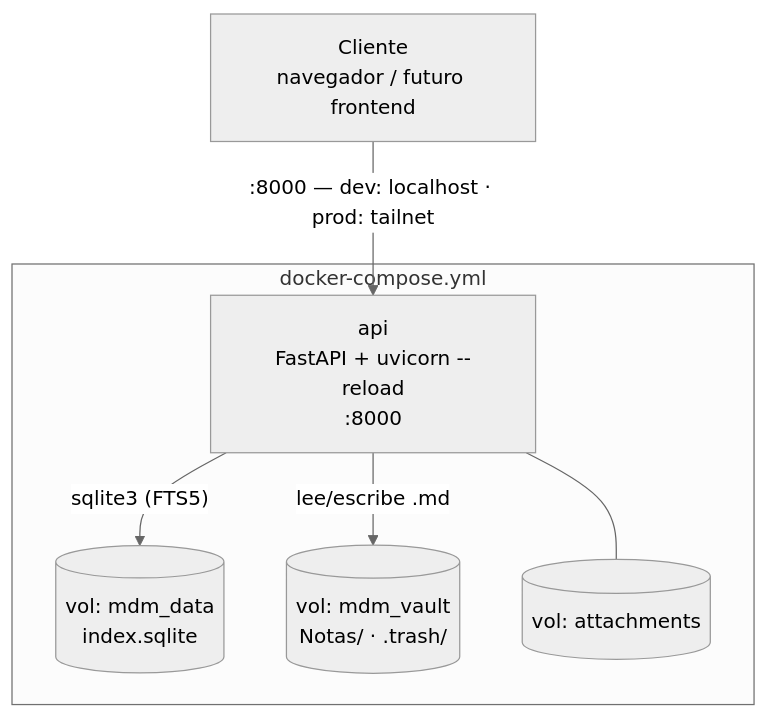
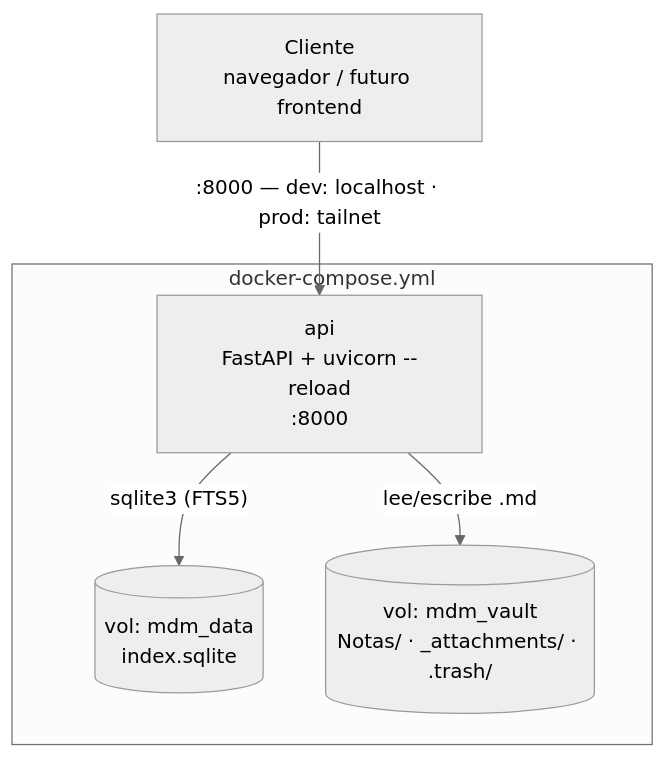
The third of 9 diagrams in docs/ARCHITECTURE.md (joaquinrodfer/MyDamnManagement), drawn with Mermaid (neutral theme) before and after one commit. The commit also changed other lines of this file and 13 other files, not shown here.

````diff
--- a/docs/ARCHITECTURE.md
+++ b/docs/ARCHITECTURE.md
@@ -102,10 +102,9 @@
 ```mermaid
 graph TD
     CLIENT["Cliente<br/>navegador / futuro frontend"] -->|":8000 — dev: localhost · prod: tailnet"| API
 
     subgraph COMPOSE["docker-compose.yml"]
         API["api<br/>FastAPI + uvicorn --reload<br/>:8000"] -->|"sqlite3 (FTS5)"| DB[("vol: mdm_data<br/>index.sqlite")]
-        API -->|"lee/escribe .md"| VAULT[("vol: mdm_vault<br/>Notas/ · .trash/")]
-        API --- ATT[("vol: attachments")]
+        API -->|"lee/escribe .md"| VAULT[("vol: mdm_vault<br/>Notas/ · _attachments/ · .trash/")]
     end
 ```
````
